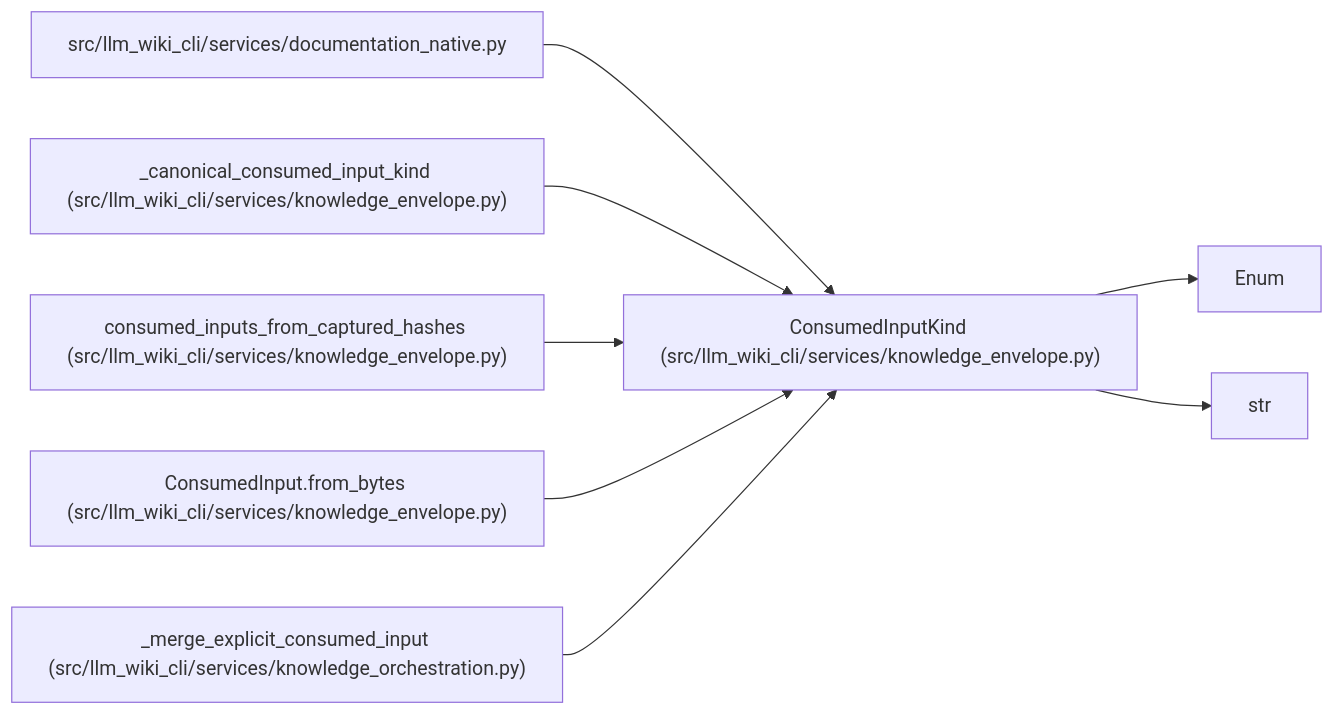
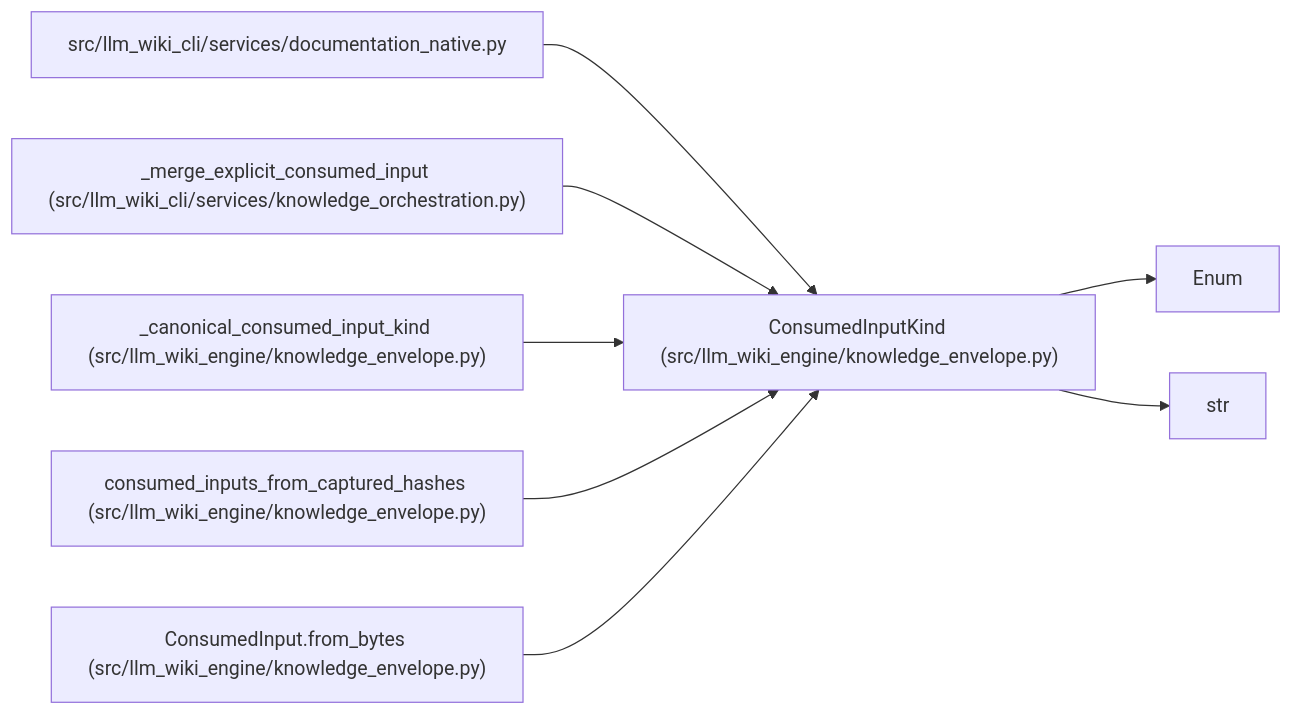
Before and after one commit to Denissvgn/python-wiki-llm: the diagram in docs/llm_wiki/entities/ConsumedInputKind.md, drawn with Mermaid. The commit also changed other lines of this file and 1058 other files, not shown here.

First line of the commit message:
docs: refresh the wiki for the knowledge store move

````diff
--- a/docs/llm_wiki/entities/ConsumedInputKind.md
+++ b/docs/llm_wiki/entities/ConsumedInputKind.md
@@ -32,24 +32,24 @@
 ```mermaid
 flowchart LR
-    n0["ConsumedInputKind (src/llm_wiki_cli/services/knowledge_envelope.py)"]
+    n0["ConsumedInputKind (src/llm_wiki_engine/knowledge_envelope.py)"]
     n1["Enum"]
     n2["str"]
     n3["src/llm_wiki_cli/services/documentation_native.py"]
-    n4["_canonical_consumed_input_kind (src/llm_wiki_cli/services/knowledge_envelope.py)"]
-    n5["consumed_inputs_from_captured_hashes (src/llm_wiki_cli/services/knowledge_envelope.py)"]
-    n6["ConsumedInput.from_bytes (src/llm_wiki_cli/services/knowledge_envelope.py)"]
-    n7["_merge_explicit_consumed_input (src/llm_wiki_cli/services/knowledge_orchestration.py)"]
+    n4["_merge_explicit_consumed_input (src/llm_wiki_cli/services/knowledge_orchestration.py)"]
+    n5["_canonical_consumed_input_kind (src/llm_wiki_engine/knowledge_envelope.py)"]
+    n6["consumed_inputs_from_captured_hashes (src/llm_wiki_engine/knowledge_envelope.py)"]
+    n7["ConsumedInput.from_bytes (src/llm_wiki_engine/knowledge_envelope.py)"]
     n0 --> n1
     n0 --> n2
     n3 --> n0
     n4 --> n0
     n5 --> n0
     n6 --> n0
     n7 --> n0
     click n0 "../modules/knowledge_envelope.md"
     click n3 "../modules/documentation_native.md"
-    click n4 "../modules/knowledge_envelope.md"
+    click n4 "../modules/knowledge_orchestration.md"
     click n5 "../modules/knowledge_envelope.md"
     click n6 "../modules/knowledge_envelope.md"
-    click n7 "../modules/knowledge_orchestration.md"
+    click n7 "../modules/knowledge_envelope.md"
 ```
````
